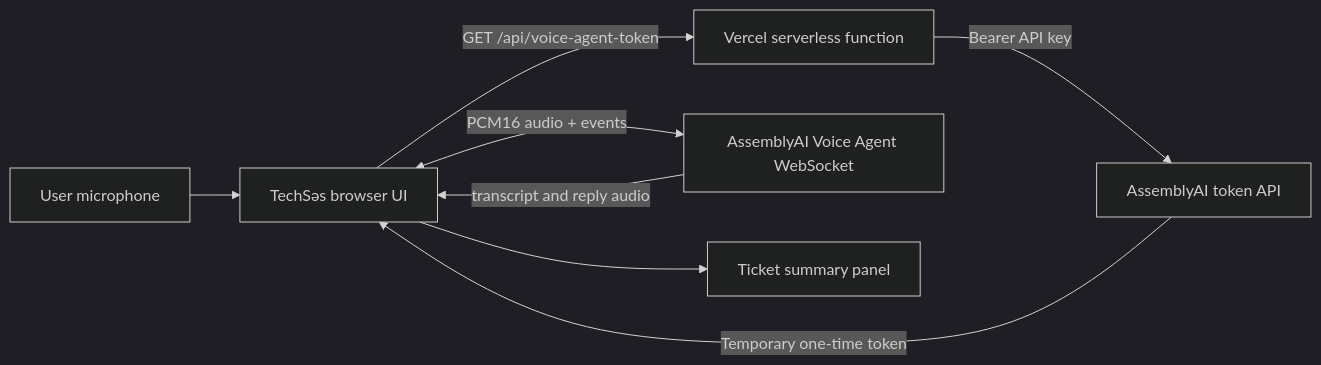
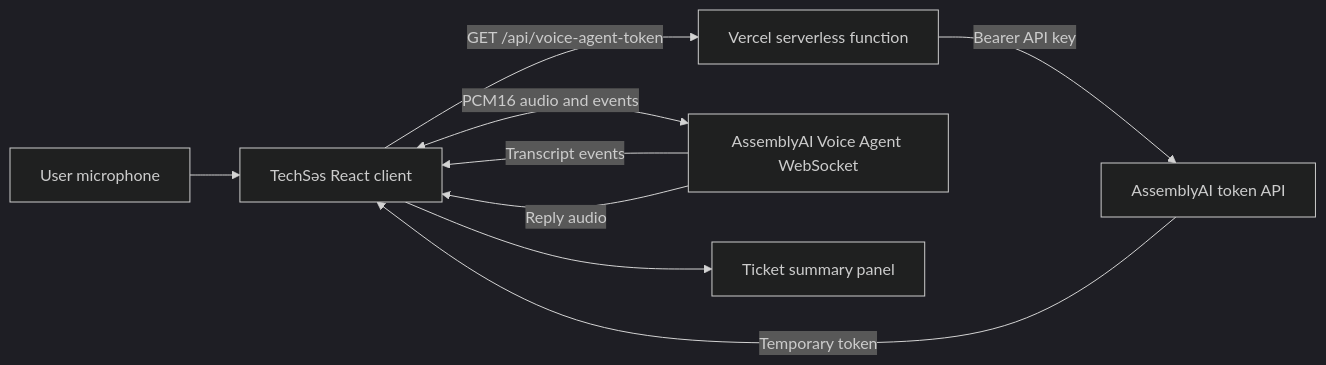
One commit to etikhacker/techses-voice-agent changed the diagram in README.md. Above: the diagram before and after it, drawn with Mermaid (dark theme). The commit also changed other lines of this file, not shown here.

Commit message:
docs: expand TechSes project README

````diff
--- a/README.md
+++ b/README.md
@@ -35,10 +52,11 @@
 ```mermaid
 flowchart LR
-    U[User microphone] --> B[TechSəs browser UI]
+    U[User microphone] --> B[TechSəs React client]
     B -->|GET /api/voice-agent-token| V[Vercel serverless function]
     V -->|Bearer API key| A[AssemblyAI token API]
-    A -->|Temporary one-time token| B
-    B <-->|PCM16 audio + events| WSS[AssemblyAI Voice Agent WebSocket]
-    WSS -->|transcript and reply audio| B
+    A -->|Temporary token| B
+    B <-->|PCM16 audio and events| W[AssemblyAI Voice Agent WebSocket]
+    W -->|Transcript events| B
+    W -->|Reply audio| B
     B --> T[Ticket summary panel]
 ```
````
